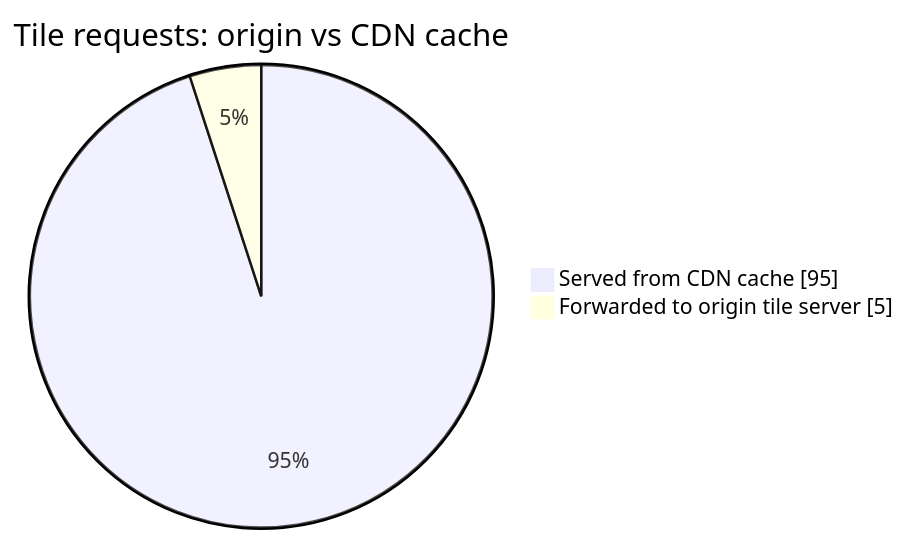
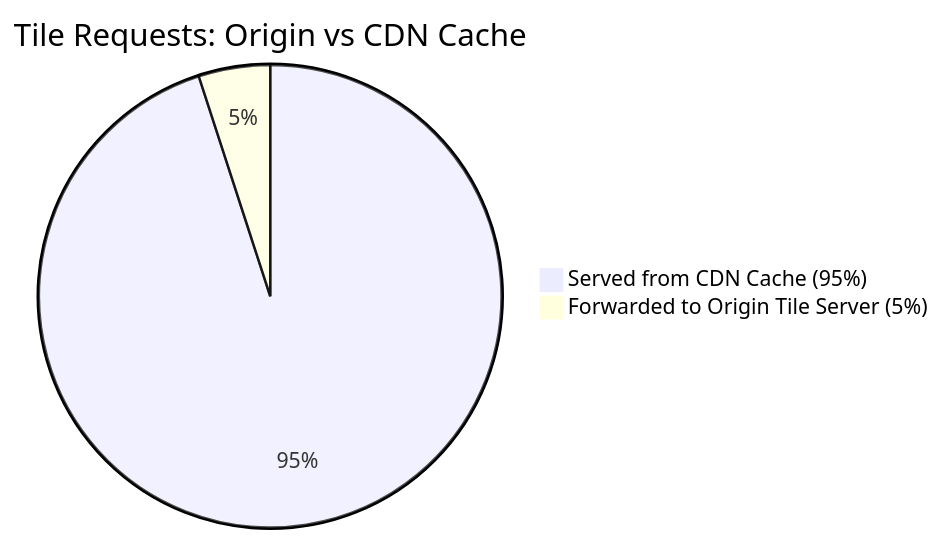
Diagram 16 of 20 in system-design/HLD/0-course/28-Design Google Maps-FAANG-Guide-story.md (riyaz-pasha/Learnings), drawn with Mermaid before and after one commit. The commit also changed other lines of this file and 1 other file, not shown here.

````diff
--- a/system-design/HLD/0-course/28-Design Google Maps-FAANG-Guide-story.md
+++ b/system-design/HLD/0-course/28-Design Google Maps-FAANG-Guide-story.md
@@ -324,6 +839,5 @@
 ```mermaid
-pie showData
-    title Tile requests: origin vs CDN cache
-    "Served from CDN cache" : 95
-    "Forwarded to origin tile server" : 5
+pie title Tile Requests: Origin vs CDN Cache
+    "Served from CDN Cache (95%)" : 95
+    "Forwarded to Origin Tile Server (5%)" : 5
 ```
````
